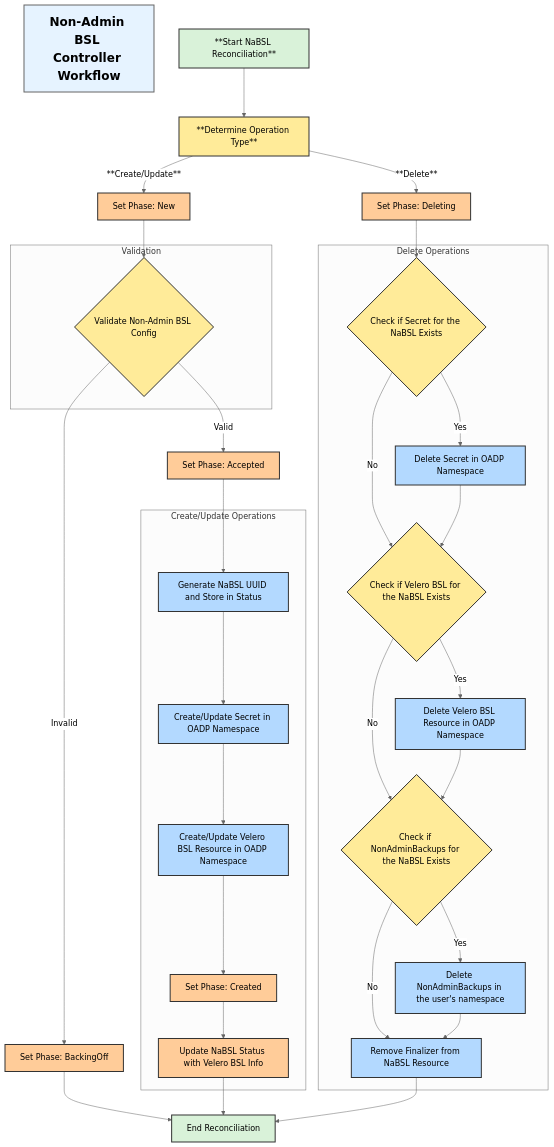
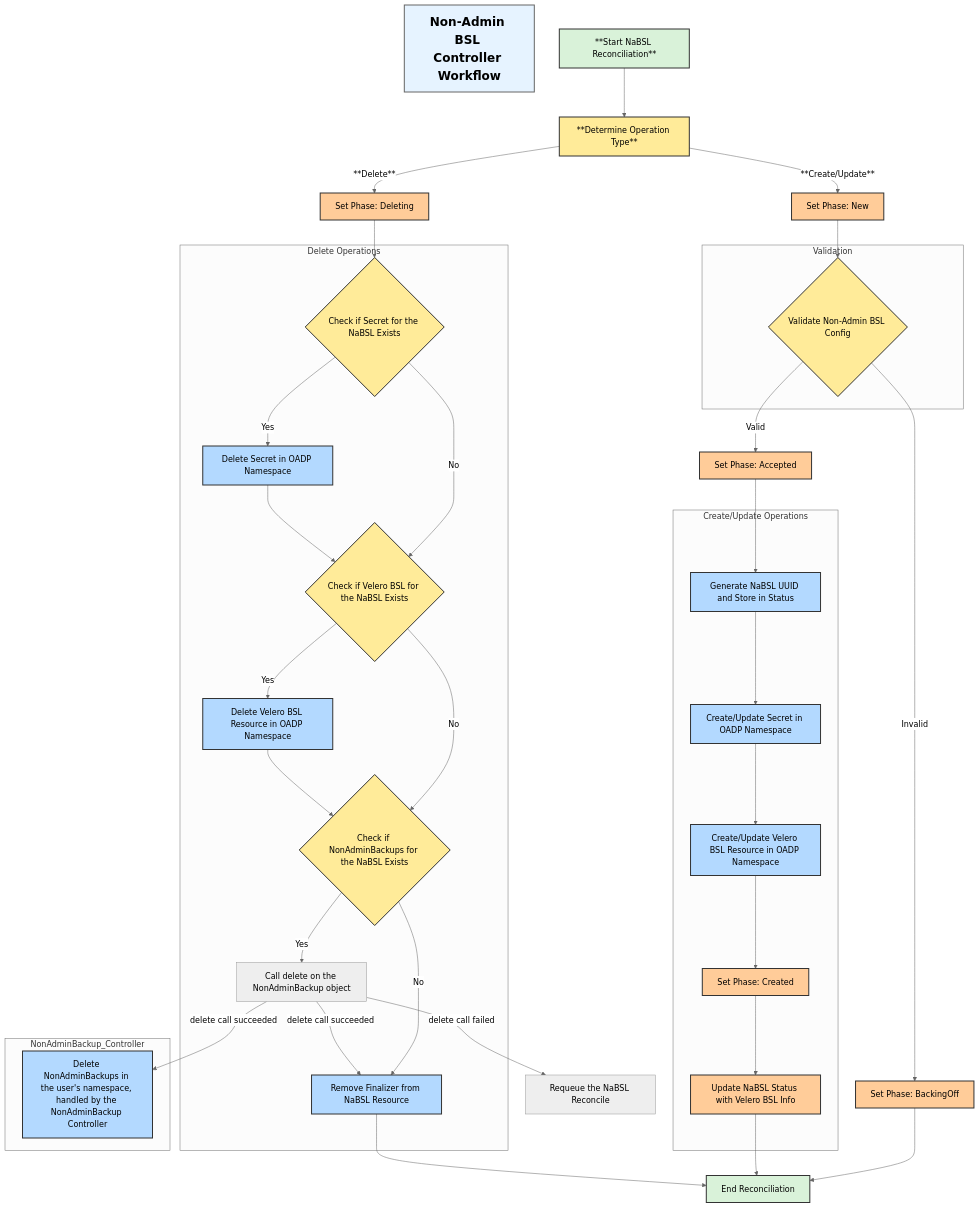
The diagram in docs/design/non_admin_backupstoragelocation.md (migtools/oadp-non-admin), drawn with Mermaid before and after one commit. The commit also changed other lines of this file, not shown here.

First line of the commit message:
Adjust the design and diagram to emphasize NAB deletion responsibility

````diff
--- a/docs/design/non_admin_backupstoragelocation.md
+++ b/docs/design/non_admin_backupstoragelocation.md
@@ -8,77 +8,82 @@
 ```mermaid
 %%{init: {'theme':'neutral'}}%%
 flowchart TD
     title[Non-Admin BSL Controller Workflow]
     style title font-size:24px,font-weight:bold,fill:#e6f3ff,stroke:#666,stroke-width:2px,stroke-dasharray: 0
 
     %% Start
     START[**Start NaBSL Reconciliation**] --> OPERATION[**Determine Operation Type**]
 
     %% Create/Update Flow
     OPERATION -->|**Create/Update**| SET_PHASE_NEW[Set Phase: New]
     SET_PHASE_NEW --> VALIDATE_CONFIG{Validate Non-Admin BSL Config}
     VALIDATE_CONFIG -->|Invalid| INVALID_CONFIG[Set Phase: BackingOff]
     VALIDATE_CONFIG -->|Valid| VALID_CONFIG[Set Phase: Accepted]
     VALID_CONFIG --> GENERATE_UUID[Generate NaBSL UUID and Store in Status]
 
     GENERATE_UUID --> CREATE_OR_UPDATE_SECRET[Create/Update Secret in OADP Namespace]
     CREATE_OR_UPDATE_SECRET --> CREATE_OR_UPDATE_BSL[Create/Update Velero BSL Resource in OADP Namespace]
     CREATE_OR_UPDATE_BSL --> SET_PHASE_CREATED[Set Phase: Created]
     SET_PHASE_CREATED --> UPDATE_STATUS[Update NaBSL Status with Velero BSL Info]
 
     %% Delete Flow
     OPERATION -->|**Delete**| SET_PHASE_DELETING[Set Phase: Deleting]
     SET_PHASE_DELETING --> CHECK_SECRET_EXISTS{Check if Secret for the NaBSL Exists}
     CHECK_SECRET_EXISTS -->|Yes| DELETE_SECRET[Delete Secret in OADP Namespace]
     CHECK_SECRET_EXISTS -->|No| CHECK_BSL_EXISTS{Check if Velero BSL for the NaBSL Exists}
 
     DELETE_SECRET --> CHECK_BSL_EXISTS
     CHECK_BSL_EXISTS -->|Yes| DELETE_BSL[Delete Velero BSL Resource in OADP Namespace]
     CHECK_BSL_EXISTS -->|No| CHECK_BACKUPS_EXISTS{Check if NonAdminBackups for the NaBSL Exists}
 
     DELETE_BSL --> CHECK_BACKUPS_EXISTS
-    CHECK_BACKUPS_EXISTS -->|Yes| DELETE_BACKUPS[Delete NonAdminBackups in the user's namespace]
+    CHECK_BACKUPS_EXISTS -->|Yes| SET_DELETE_BACKUPS[Call delete on the NonAdminBackup object]
     CHECK_BACKUPS_EXISTS -->|No| REMOVE_FINALIZER[Remove Finalizer from NaBSL Resource]
 
-    DELETE_BACKUPS --> REMOVE_FINALIZER
-
+    SET_DELETE_BACKUPS --> |"delete call failed"| REQUEUE[Requeue the NaBSL Reconcile]
+    SET_DELETE_BACKUPS --> |"delete call succeeded"| DELETE_BACKUPS[Delete NonAdminBackups in the user's namespace, handled by the NonAdminBackup Controller]
+    SET_DELETE_BACKUPS --> |"delete call succeeded"| REMOVE_FINALIZER[Remove Finalizer from NaBSL Resource]
     %% Endpoints
     INVALID_CONFIG --> END[End Reconciliation]
     UPDATE_STATUS --> END
     REMOVE_FINALIZER --> END
 
     %% Subgraphs
     subgraph "Validation"
     VALIDATE_CONFIG
     end
 
     subgraph "Create/Update Operations"
     GENERATE_UUID
     CREATE_OR_UPDATE_SECRET
     CREATE_OR_UPDATE_BSL
     SET_PHASE_CREATED
     UPDATE_STATUS
     end
 
     subgraph "Delete Operations"
     CHECK_SECRET_EXISTS
     DELETE_SECRET
     CHECK_BSL_EXISTS
     DELETE_BSL
     CHECK_BACKUPS_EXISTS
+    SET_DELETE_BACKUPS
+    REMOVE_FINALIZER
+    end
+
+    subgraph "NonAdminBackup_Controller"
     DELETE_BACKUPS
-    REMOVE_FINALIZER
     end
 
     %% Styling
     classDef phase fill:#ffcc99,stroke:#333,stroke-width:2px
     classDef process fill:#b3d9ff,stroke:#333,stroke-width:2px
     classDef decision fill:#ffeb99,stroke:#333,stroke-width:2px
     classDef endpoint fill:#d9f2d9,stroke:#333,stroke-width:2px
 
     %% Apply styles
     class START,END endpoint
     class OPERATION,VALIDATE_CONFIG,CHECK_SECRET_EXISTS,CHECK_BSL_EXISTS,CHECK_BACKUPS_EXISTS decision
     class GENERATE_UUID,CREATE_OR_UPDATE_SECRET,CREATE_OR_UPDATE_BSL,DELETE_SECRET,DELETE_BSL,DELETE_BACKUPS,REMOVE_FINALIZER process
     class INVALID_CONFIG,UPDATE_STATUS,VALID_CONFIG,SET_PHASE_DELETING,SET_PHASE_NEW,SET_PHASE_CREATED phase
 ```
````
